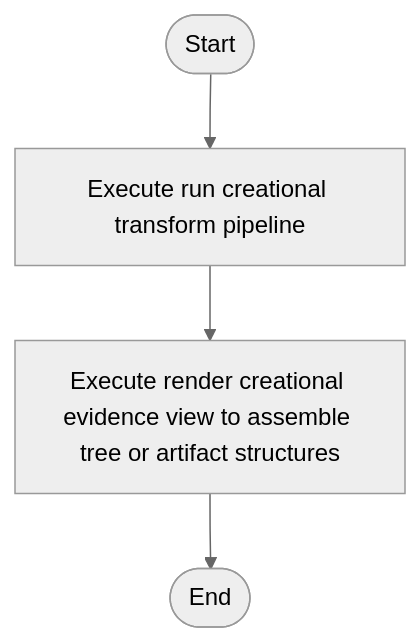
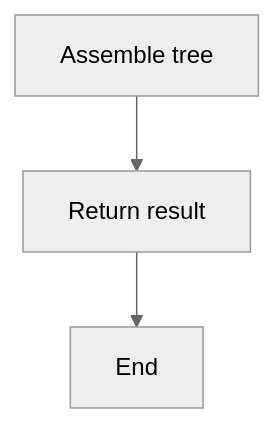
One commit to JohnAndrewBalbarosa/NeoTerritory changed the second of 4 diagrams in docs/Codebase/Microservice/Modules/Source/Creational/Transform/creational_transform_pipeline.cpp.md. Above: the diagram before and after it, drawn with Mermaid (neutral theme). The commit also changed other lines of this file and 752 other files, not shown here.

````diff
--- a/docs/Codebase/Microservice/Modules/Source/Creational/Transform/creational_transform_pipeline.cpp.md
+++ b/docs/Codebase/Microservice/Modules/Source/Creational/Transform/creational_transform_pipeline.cpp.md
@@ -32,10 +49,8 @@
 ```mermaid
 flowchart TD
-    Start([Start])
-    N0[Execute run creational transform pipeline]
-    N1[Execute render creational evidence view to assemble tree or artifact structures]
-    End([End])
-    Start --> N0
+    N0["Assemble tree"]
+    N1["Return result"]
+    N2["End"]
     N0 --> N1
-    N1 --> End
+    N1 --> N2
 ```
````
